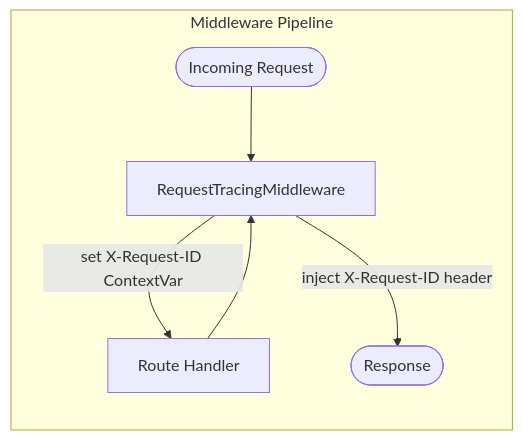
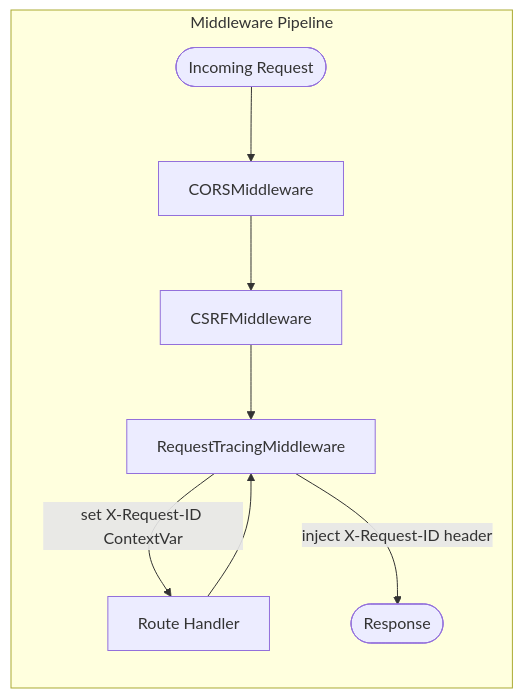
The second of 4 diagrams in Services/api/README.md (KlaiAhmed/KidsMind), drawn with Mermaid before and after one commit. The commit also changed other lines of this file and 9 other files, not shown here.

````diff
--- a/Services/api/README.md
+++ b/Services/api/README.md
@@ -43,9 +43,11 @@
 ```mermaid
 flowchart LR
     subgraph Middleware Pipeline
-        Req([Incoming Request]) --> Tracing[RequestTracingMiddleware]
+        Req([Incoming Request]) --> CORS[CORSMiddleware]
+        CORS --> CSRF[CSRFMiddleware]
+        CSRF --> Tracing[RequestTracingMiddleware]
         Tracing -->|set X-Request-ID ContextVar| App[Route Handler]
         App --> Tracing
         Tracing -->|inject X-Request-ID header| Res([Response])
     end
 ```
````
